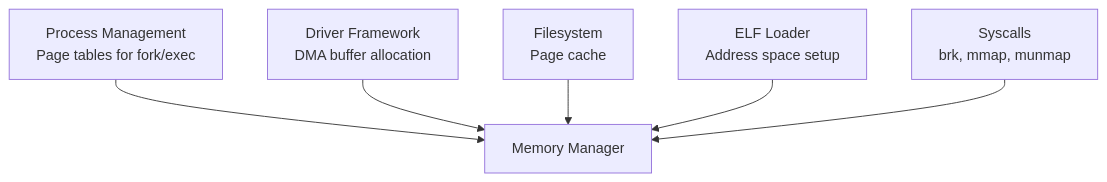
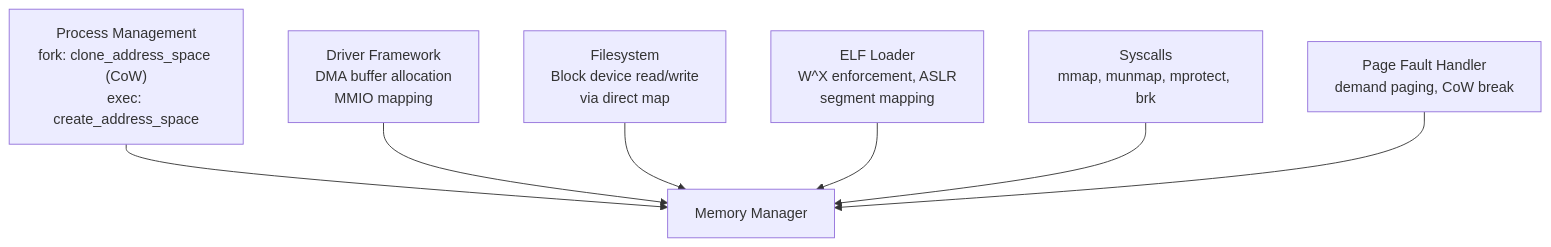
One commit to KitsuneBSD/FKernel changed the eighth of 8 diagrams in Docs/Domains/memory-management-guide.md. Above: the diagram before and after it, drawn with Mermaid. The commit also changed other lines of this file and 15 other files, not shown here.

Commit message:
docs: update TODO.md and architecture documentation for session 12

````diff
--- a/Docs/Domains/memory-management-guide.md
+++ b/Docs/Domains/memory-management-guide.md
@@ -228,15 +282,17 @@
 ```mermaid
 flowchart TD
     MM["Memory Manager"]
-    PROC["Process Management<br/>Page tables for fork/exec"]
-    DRV["Driver Framework<br/>DMA buffer allocation"]
-    FS["Filesystem<br/>Page cache"]
-    ELF["ELF Loader<br/>Address space setup"]
-    SYS["Syscalls<br/>brk, mmap, munmap"]
+    PROC["Process Management<br/>fork: clone_address_space (CoW)<br/>exec: create_address_space"]
+    DRV["Driver Framework<br/>DMA buffer allocation<br/>MMIO mapping"]
+    FS["Filesystem<br/>Block device read/write<br/>via direct map"]
+    ELF["ELF Loader<br/>W^X enforcement, ASLR<br/>segment mapping"]
+    SYS["Syscalls<br/>mmap, munmap, mprotect, brk"]
+    PF["Page Fault Handler<br/>demand paging, CoW break"]
 
     PROC --> MM
     DRV --> MM
     FS --> MM
     ELF --> MM
     SYS --> MM
+    PF --> MM
 ```
````
